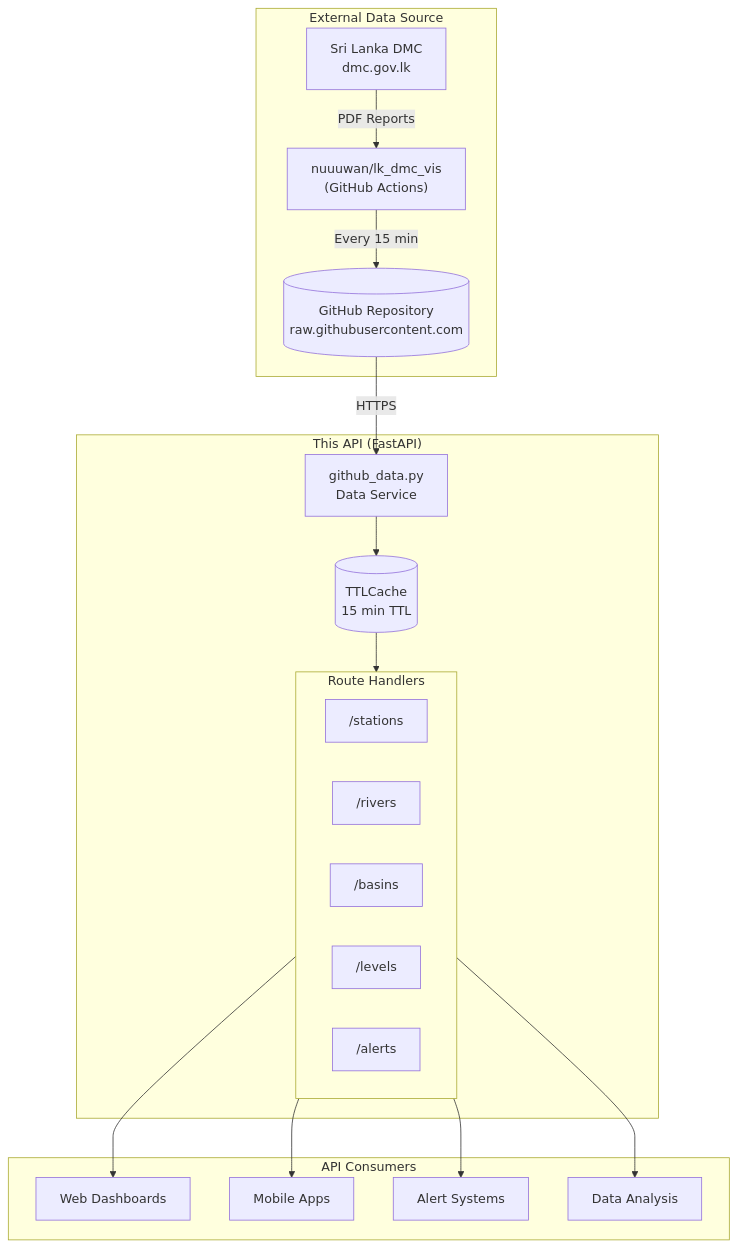
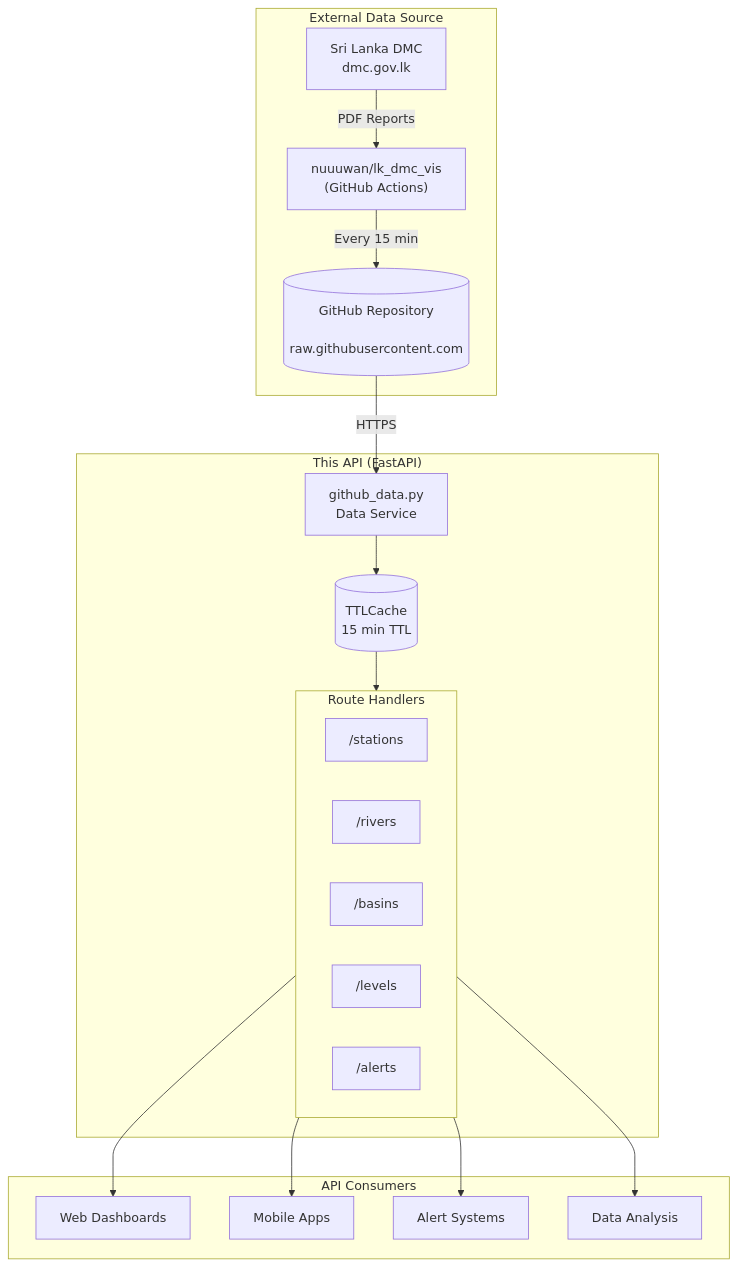
The first of 5 diagrams in ARCHITECTURE.md (yrangana/lk_flood_api), drawn with Mermaid before and after one commit. The commit also changed other lines of this file and 1 other file, not shown here.

Commit message:
Refactor architecture diagrams for improved readability in README and ARCHITECTURE files

````diff
--- a/ARCHITECTURE.md
+++ b/ARCHITECTURE.md
@@ -9,29 +9,34 @@
 ```mermaid
 flowchart TB
     subgraph External["External Data Source"]
-        DMC["Sri Lanka DMC\ndmc.gov.lk"] -->|PDF Reports| Pipeline
-        Pipeline["nuuuwan/lk_dmc_vis\n(GitHub Actions)"]
-        Pipeline -->|Every 15 min| GH[("GitHub Repository\nraw.githubusercontent.com")]
+        DMC["Sri Lanka DMC
+        dmc.gov.lk"] -->|PDF Reports| Pipeline
+        Pipeline["nuuuwan/lk_dmc_vis
+        (GitHub Actions)"]
+        Pipeline -->|Every 15 min| GH[("GitHub Repository
+        raw.githubusercontent.com")]
     end
 
     subgraph API["This API (FastAPI)"]
-        GH -->|HTTPS| Service["github_data.py\nData Service"]
-        Service --> Cache[("TTLCache\n15 min TTL")]
+        GH -->|HTTPS| Service["github_data.py
+        Data Service"]
+        Service --> Cache[("TTLCache
+        15 min TTL")]
         Cache --> Routes
 
         subgraph Routes["Route Handlers"]
             R1["/stations"]
             R2["/rivers"]
             R3["/basins"]
             R4["/levels"]
             R5["/alerts"]
         end
     end
 
     subgraph Consumers["API Consumers"]
         Routes --> Web["Web Dashboards"]
         Routes --> Mobile["Mobile Apps"]
         Routes --> Alerts["Alert Systems"]
         Routes --> Analysis["Data Analysis"]
     end
 ```
````
